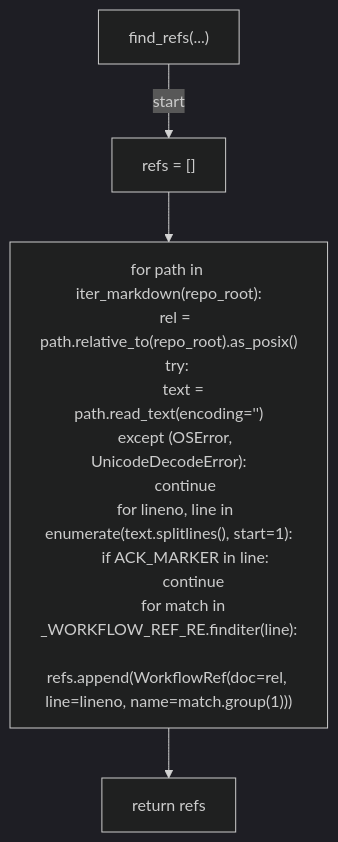
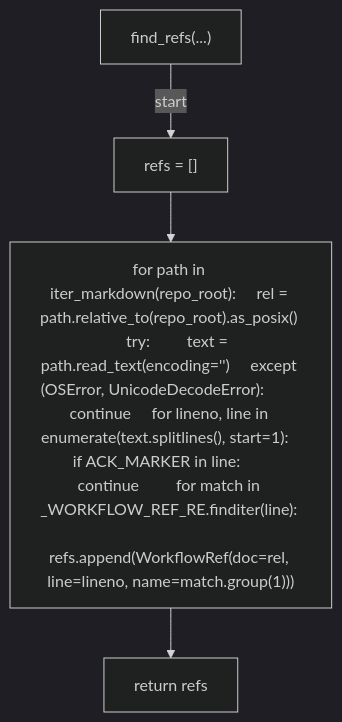
One commit to tvna/claude-md changed the third of 7 diagrams in docs/generated/scripts/ast/scan_doc_workflow_refs.md. Above: the diagram before and after it, drawn with Mermaid (dark theme). The commit also changed other lines of this file and 29 other files, not shown here.

First line of the commit message:
docs(generated): regenerate decision tree and workflow diagrams (batch 3/5)

````diff
--- a/docs/generated/scripts/ast/scan_doc_workflow_refs.md
+++ b/docs/generated/scripts/ast/scan_doc_workflow_refs.md
@@ -33,20 +27,10 @@
 ```mermaid
 flowchart TD
     N001["find_refs(...)"]
     N002["refs = []"]
-    N003["for path in iter_markdown(repo_root):
-    rel = path.relative_to(repo_root).as_posix()
-    try:
-        text = path.read_text(encoding='<str>')
-    except (OSError, UnicodeDecodeError):
-        continue
-    for lineno, line in enumerate(text.splitlines(), start=1):
-        if ACK_MARKER in line:
-            continue
-        for match in _WORKFLOW_REF_RE.finditer(line):
-            refs.append(WorkflowRef(doc=rel, line=lineno, name=match.group(1)))"]
+    N003["for path in iter_markdown(repo_root):     rel = path.relative_to(repo_root).as_posix()     try:         text = path.read_text(encoding='<str>')     except (OSError, UnicodeDecodeError):         continue     for lineno, line in enumerate(text.splitlines(), start=1):         if ACK_MARKER in line:             continue         for match in _WORKFLOW_REF_RE.finditer(line):             refs.append(WorkflowRef(doc=rel, line=lineno, name=match.group(1)))"]
     N004["return refs"]
     N001 -->|"start"| N002
     N002 --> N003
     N003 --> N004
 ```
````
